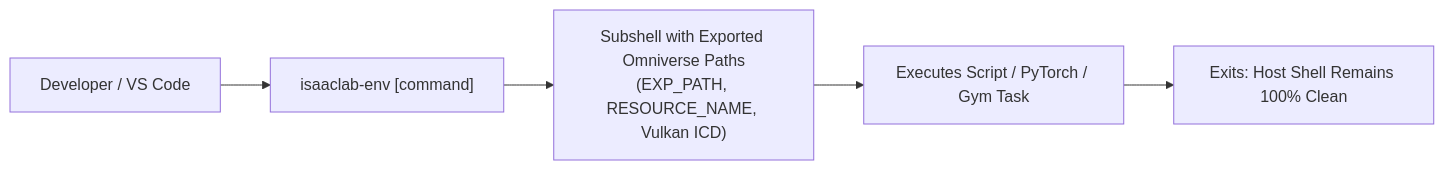
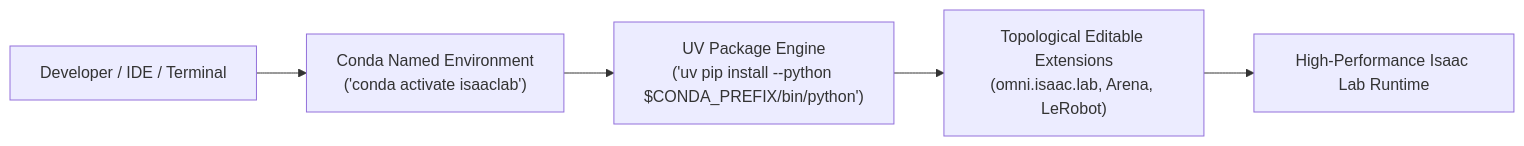
One commit to boredengineering/IsaacAutomator changed the third of 8 diagrams in .agents/references/docs/isaac-install-plan.md. Above: the diagram before and after it, drawn with Mermaid. The commit also changed other lines of this file and 2 other files, not shown here.

Commit message:
docs: add hybrid conda + uv architecture plan, rationale, and activation hooks to isaac-install-plan

````diff
--- a/.agents/references/docs/isaac-install-plan.md
+++ b/.agents/references/docs/isaac-install-plan.md
@@ -64,7 +105,7 @@
 ```mermaid
 flowchart LR
-    DEV["Developer / VS Code"] --> SHIM["isaaclab-env [command]"]
-    SHIM --> RUN["Subshell with Exported Omniverse Paths\n(EXP_PATH, RESOURCE_NAME, Vulkan ICD)"]
-    RUN --> EXEC["Executes Script / PyTorch / Gym Task"]
-    EXEC --> EXIT["Exits: Host Shell Remains 100% Clean"]
+    DEV["Developer / IDE / Terminal"] --> CONDA["Conda Named Environment\n('conda activate isaaclab')"]
+    CONDA --> UV["UV Package Engine\n('uv pip install --python $CONDA_PREFIX/bin/python')"]
+    UV --> EXT["Topological Editable Extensions\n(omni.isaac.lab, Arena, LeRobot)"]
+    EXT --> RUNTIME["High-Performance Isaac Lab Runtime"]
 ```
````
